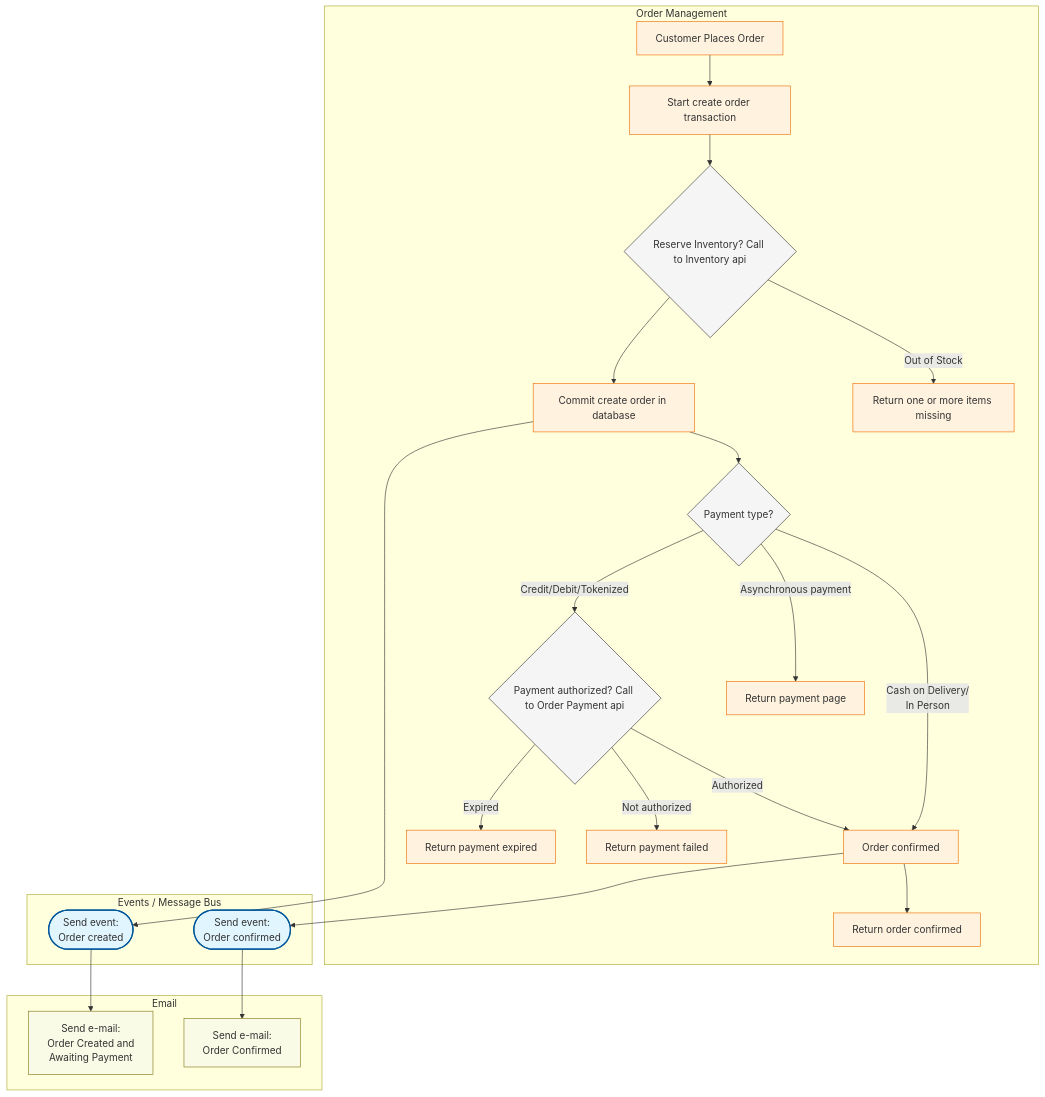
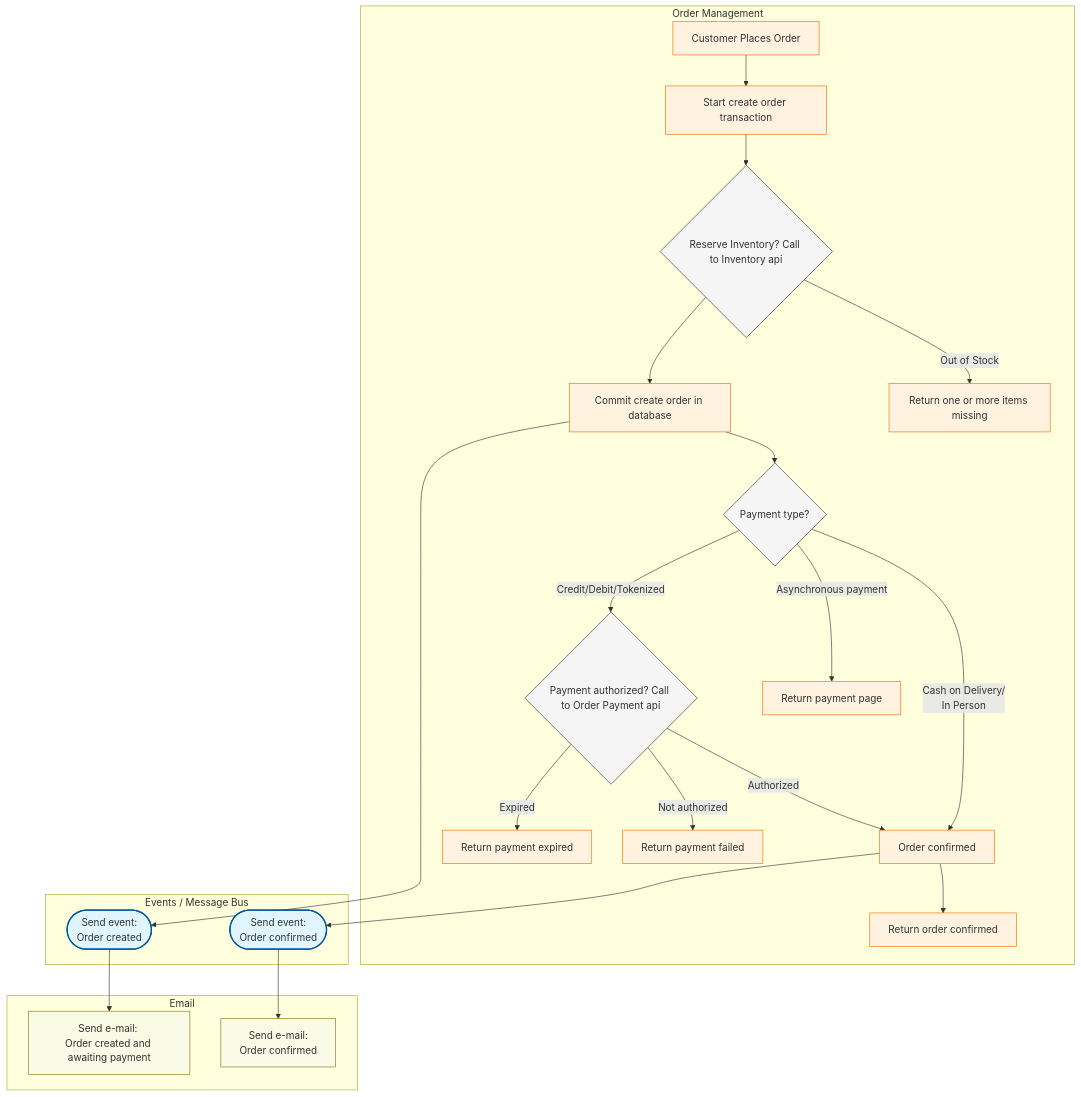
Before and after one commit to RobertoFreireDev/Order-Management: the first of 4 diagrams in README.md, drawn with Mermaid. The commit also changed other lines of this file, not shown here.

````diff
--- a/README.md
+++ b/README.md
@@ -5,45 +5,45 @@
 ```mermaid
 flowchart TD
     %% Subgraph Styling
     classDef event fill:#e1f5fe,stroke:#01579b,stroke-width:2px;
     classDef logic fill:#f5f5f5,stroke:#333,stroke-width:1px;
     classDef order fill:#fff3e0,stroke:#ef6c00,stroke-width:1px;
     classDef note fill:#f9fbe7,stroke:#827717,stroke-width:1px;
 
     subgraph Order_Creation [Order Management]
         A[Customer Places Order] --> A1[Start create order transaction]
         A1 --> B{Reserve Inventory? Call to Inventory api}
         B -->|Out of Stock| C[Return one or more items missing]
         B --> B2[Commit create order in database]
         B2 --> D2{Payment type?}
         D2--> |"Cash on Delivery/<br/>In Person"| D1[Order confirmed]       
         D5 --> |"Authorized"| D1
         D5 --> |"Not authorized"| D6[Return payment failed]
         D5 --> |"Expired"| D7[Return payment expired]
         D2 --> |"Asynchronous payment"| E1[Return payment page]
         D1--> D3[Return order confirmed]
         D2 --> |"Credit/Debit/Tokenized"| D5{Payment authorized? Call to Order Payment api}
     end
 
     subgraph Events [Events / Message Bus]
         H([Send event:<br/>Order confirmed])
         H1([Send event:<br/>Order created])
     end
 
     subgraph Email [Email]
-        I[Send e-mail: <br/>Order Confirmed]
-        I1[Send e-mail: <br/>Order Created and<br/>Awaiting Payment]
+        I[Send e-mail: <br/>Order confirmed]
+        I1[Send e-mail: <br/>Order created and awaiting payment]
     end
 
     %% Logic to Events
     H --> I
     H1 --> I1
     D1 --> H
     B2 --> H1
 
     %% Class Assignments
     class H,H1 event;
     class B,D2,D5 logic;
     class A,A1,B1,B2,C,D,D1,D3,E1,D4,D6,D7 order;
     class I,I1 note;
 ```
````
